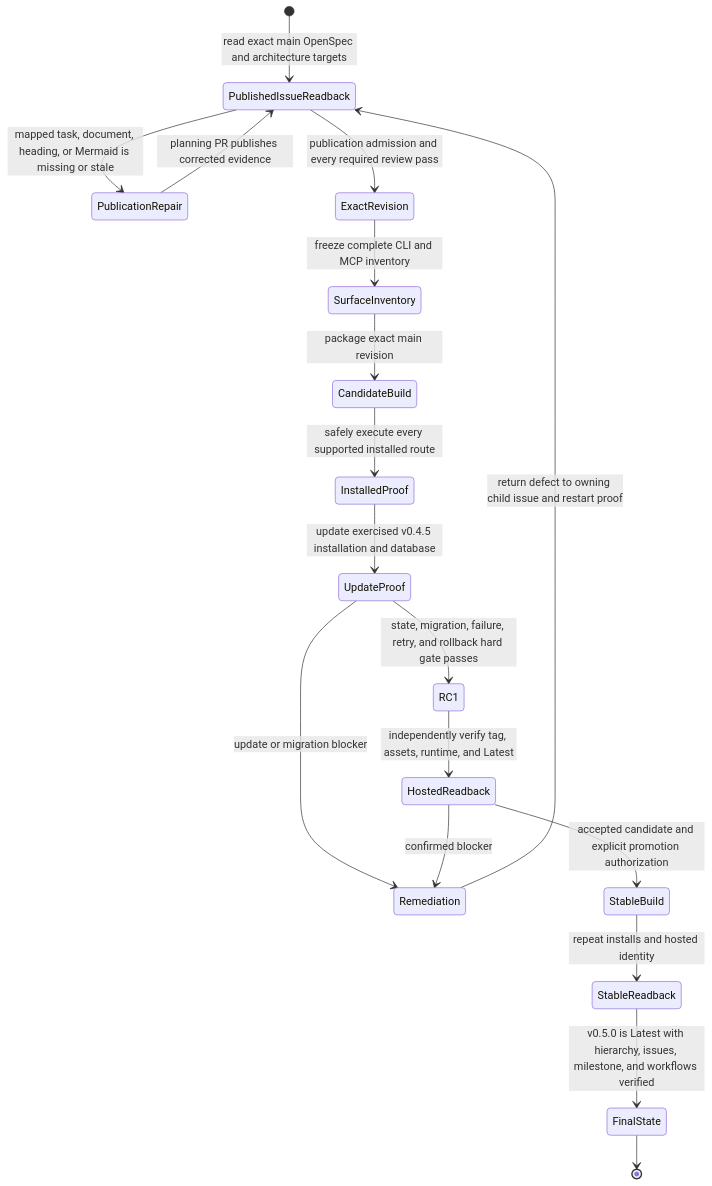
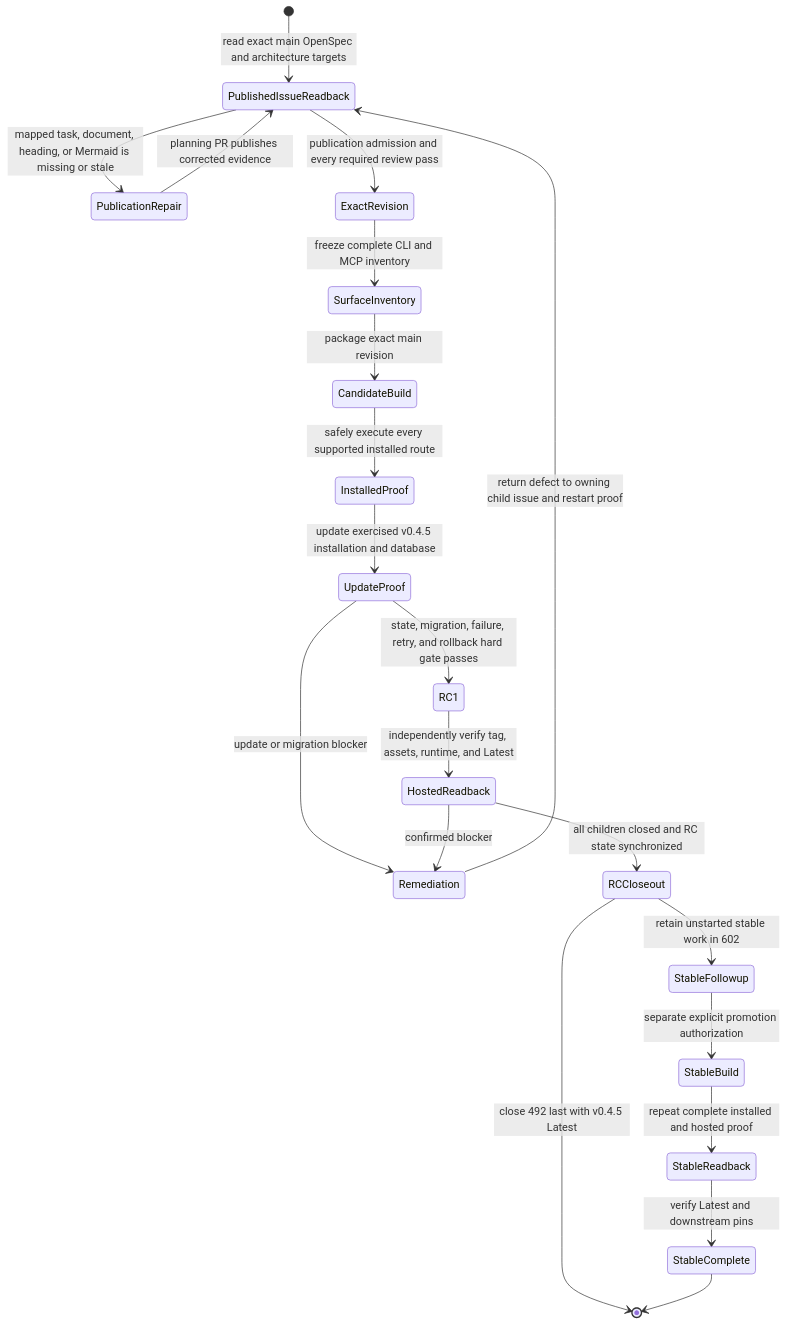
Diagram 28 of 29 in docs/v050-release-architecture.md (styler-ai/ProjectAtlas), drawn with Mermaid before and after one commit. The commit also changed other lines of this file and 4 other files, not shown here.

Commit message:
docs(release): close verified rc1 acceptance (#492)

````diff
--- a/docs/v050-release-architecture.md
+++ b/docs/v050-release-architecture.md
@@ -620,20 +620,23 @@
 ```mermaid
 stateDiagram-v2
   [*] --> PublishedIssueReadback: read exact main OpenSpec and architecture targets
   PublishedIssueReadback --> PublicationRepair: mapped task, document, heading, or Mermaid is missing or stale
   PublicationRepair --> PublishedIssueReadback: planning PR publishes corrected evidence
   PublishedIssueReadback --> ExactRevision: publication admission and every required review pass
   ExactRevision --> SurfaceInventory: freeze complete CLI and MCP inventory
   SurfaceInventory --> CandidateBuild: package exact main revision
   CandidateBuild --> InstalledProof: safely execute every supported installed route
   InstalledProof --> UpdateProof: update exercised v0.4.5 installation and database
   UpdateProof --> RC1: state, migration, failure, retry, and rollback hard gate passes
   UpdateProof --> Remediation: update or migration blocker
   RC1 --> HostedReadback: independently verify tag, assets, runtime, and Latest
   HostedReadback --> Remediation: confirmed blocker
   Remediation --> PublishedIssueReadback: return defect to owning child issue and restart proof
-  HostedReadback --> StableBuild: accepted candidate and explicit promotion authorization
-  StableBuild --> StableReadback: repeat installs and hosted identity
-  StableReadback --> FinalState: v0.5.0 is Latest with hierarchy, issues, milestone, and workflows verified
-  FinalState --> [*]
+  HostedReadback --> RCCloseout: all children closed and RC state synchronized
+  RCCloseout --> [*]: close 492 last with v0.4.5 Latest
+  RCCloseout --> StableFollowup: retain unstarted stable work in 602
+  StableFollowup --> StableBuild: separate explicit promotion authorization
+  StableBuild --> StableReadback: repeat complete installed and hosted proof
+  StableReadback --> StableComplete: verify Latest and downstream pins
+  StableComplete --> [*]
 ```
````
